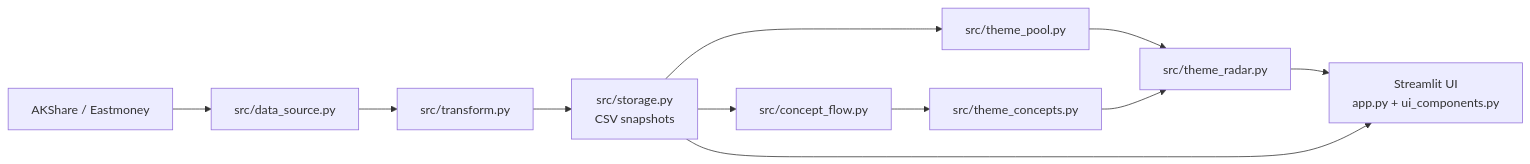
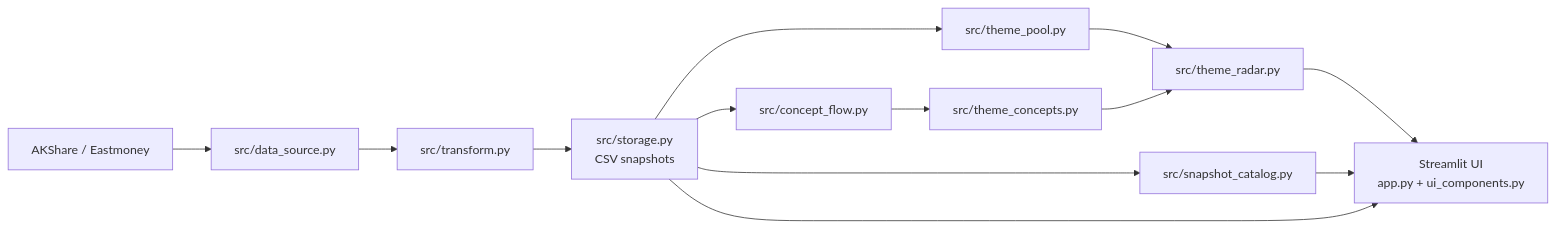
One commit to JA0508/fund-flow-monitor changed the diagram in README.md. Above: the diagram before and after it, drawn with Mermaid. The commit also changed other lines of this file and 12 other files, not shown here.

````diff
--- a/README.md
+++ b/README.md
@@ -89,13 +103,15 @@
 ```mermaid
 flowchart LR
     A["AKShare / Eastmoney"] --> B["src/data_source.py"]
     B --> C["src/transform.py"]
     C --> D["src/storage.py<br/>CSV snapshots"]
     D --> E["src/theme_pool.py"]
     E --> F["src/theme_radar.py"]
+    D --> J["src/snapshot_catalog.py"]
     D --> H["src/concept_flow.py"]
     H --> I["src/theme_concepts.py"]
     I --> F
     F --> G["Streamlit UI<br/>app.py + ui_components.py"]
+    J --> G
     D --> G
 ```
````
